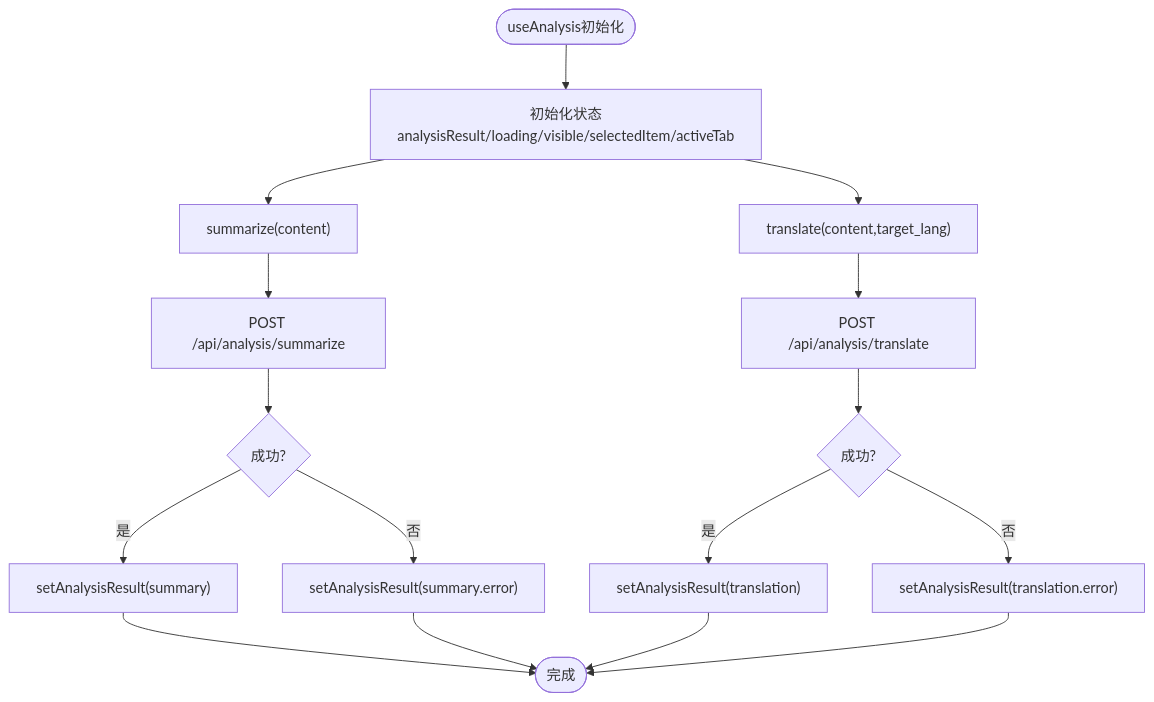
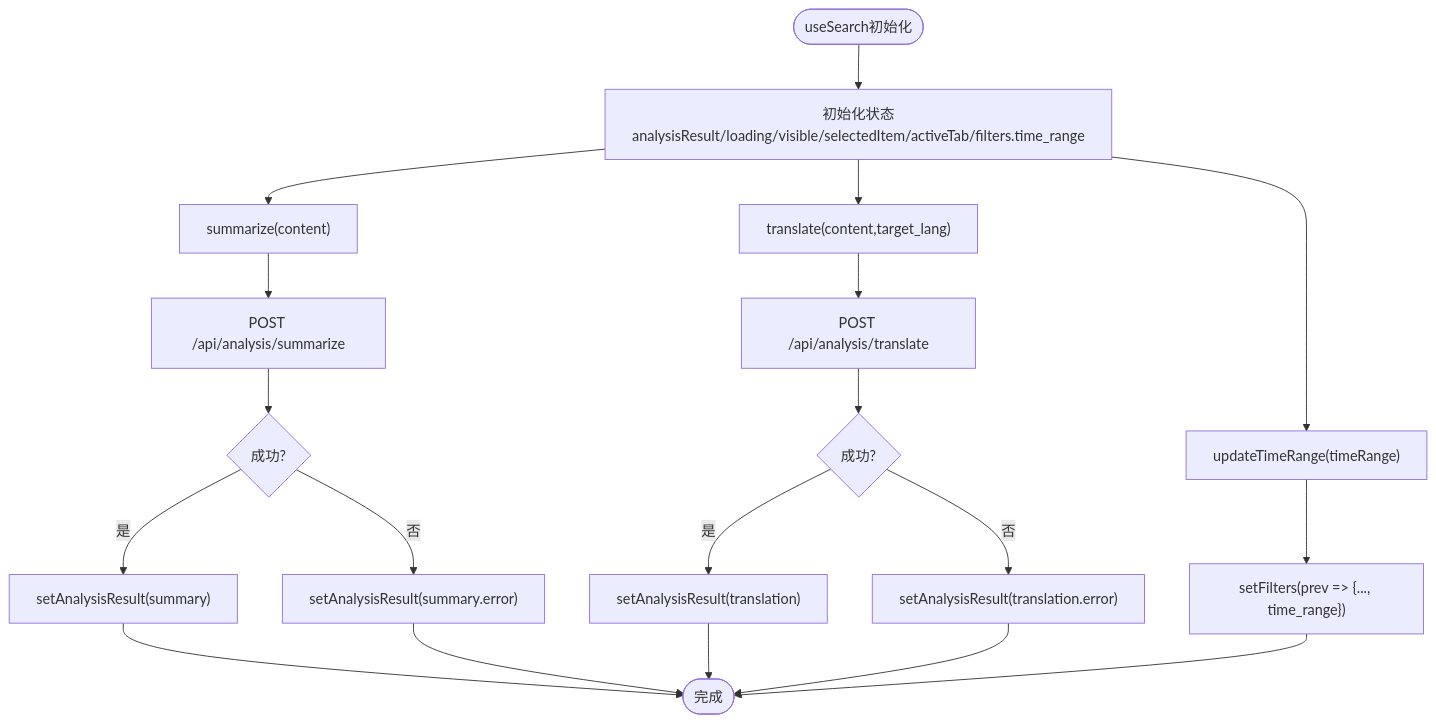
Before and after one commit to wangdy21/search_is_all_you_need: the sixth of 8 diagrams in .qoder/repowiki/zh/content/前端开发指南/组件架构设计/筛选与分析组件.md, drawn with Mermaid. The commit also changed other lines of this file and 11 other files, not shown here.

````diff
--- a/.qoder/repowiki/zh/content/前端开发指南/组件架构设计/筛选与分析组件.md
+++ b/.qoder/repowiki/zh/content/前端开发指南/组件架构设计/筛选与分析组件.md
@@ -246,18 +329,21 @@
 ```mermaid
 flowchart TD
-Start(["useAnalysis初始化"]) --> State["初始化状态<br/>analysisResult/loading/visible/selectedItem/activeTab"]
+Start(["useSearch初始化"]) --> State["初始化状态<br/>analysisResult/loading/visible/selectedItem/activeTab/filters.time_range"]
 State --> Summ["summarize(content)"]
 Summ --> PostSumm["POST /api/analysis/summarize"]
 PostSumm --> Ok{"成功?"}
 Ok --> |是| SetSumm["setAnalysisResult(summary)"]
 Ok --> |否| SetErrSumm["setAnalysisResult(summary.error)"]
 SetSumm --> End(["完成"])
 SetErrSumm --> End
 State --> Trans["translate(content,target_lang)"]
 Trans --> PostTrans["POST /api/analysis/translate"]
 PostTrans --> Ok2{"成功?"}
 Ok2 --> |是| SetTrans["setAnalysisResult(translation)"]
 Ok2 --> |否| SetErrTrans["setAnalysisResult(translation.error)"]
 SetTrans --> End
 SetErrTrans --> End
+State --> UpdateTR["updateTimeRange(timeRange)"]
+UpdateTR --> SetTR["setFilters(prev => {..., time_range})"]
+SetTR --> End
 ```
````
